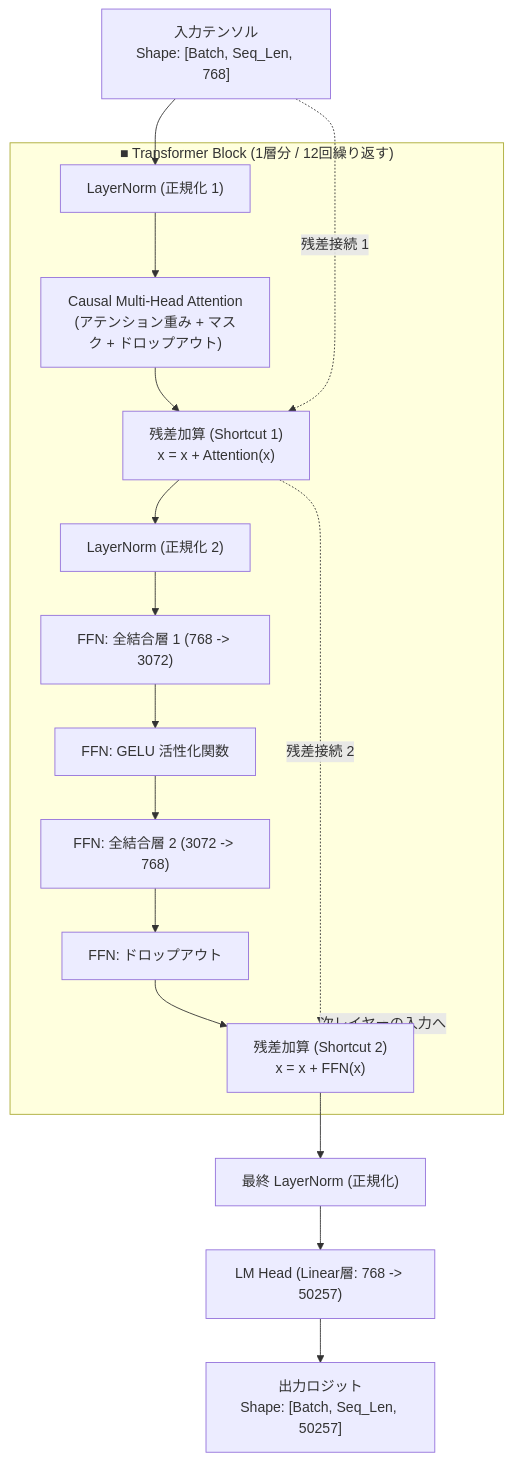
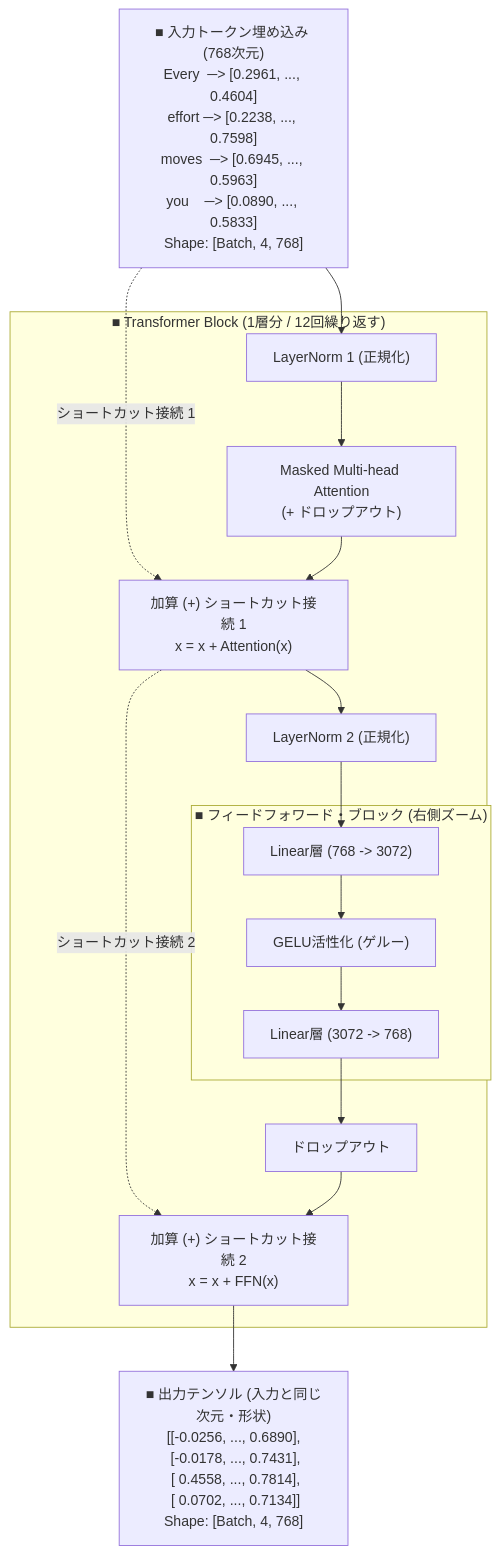
The third of 3 diagrams in pytorch-llm/docs/gpt_architecture.md (ohban730/python-learn), drawn with Mermaid before and after one commit. The commit also changed other lines of this file and 20 other files, not shown here.

Commit message:
Expansion of the detailed explanation of the GPT architecture and addition of demo code and Python foundational assets.

````diff
--- a/pytorch-llm/docs/gpt_architecture.md
+++ b/pytorch-llm/docs/gpt_architecture.md
@@ -149,39 +149,38 @@
 ```mermaid
 graph TD
-    InputTensor["入力テンソル<br>Shape: [Batch, Seq_Len, 768]"]
+    InputTokens["■ 入力トークン埋め込み (768次元)<br>Every  ─> [0.2961, ..., 0.4604]<br>effort ─> [0.2238, ..., 0.7598]<br>moves  ─> [0.6945, ..., 0.5963]<br>you    ─> [0.0890, ..., 0.5833]<br>Shape: [Batch, 4, 768]"]
     
     subgraph Block["■ Transformer Block (1層分 / 12回繰り返す)"]
-        LN1["LayerNorm (正規化 1)"]
-        MHA["Causal Multi-Head Attention<br>(アテンション重み + マスク + ドロップアウト)"]
-        Add1["残差加算 (Shortcut 1)<br>x = x + Attention(x)"]
+        LN1["LayerNorm 1 (正規化)"]
+        MHA["Masked Multi-head Attention<br>(+ ドロップアウト)"]
+        Add1["加算 (+) ショートカット接続 1<br>x = x + Attention(x)"]
         
-        LN2["LayerNorm (正規化 2)"]
-        FFN_Lin1["FFN: 全結合層 1 (768 -> 3072)"]
-        FFN_GELU["FFN: GELU 活性化関数"]
-        FFN_Lin2["FFN: 全結合層 2 (3072 -> 768)"]
-        FFN_Drop["FFN: ドロップアウト"]
-        Add2["残差加算 (Shortcut 2)<br>x = x + FFN(x)"]
+        LN2["LayerNorm 2 (正規化)"]
+        
+        subgraph FFN["■ フィードフォワード・ブロック (右側ズーム)"]
+            Linear1["Linear層 (768 -> 3072)"]
+            GELU["GELU活性化 (ゲルー)"]
+            Linear2["Linear層 (3072 -> 768)"]
+        end
+        
+        FFN_Drop["ドロップアウト"]
+        Add2["加算 (+) ショートカット接続 2<br>x = x + FFN(x)"]
     end
+    
+    OutputTensor["■ 出力テンソル (入力と同じ次元・形状)<br>[[-0.0256, ..., 0.6890],<br> [-0.0178, ..., 0.7431],<br> [ 0.4558, ..., 0.7814],<br> [ 0.0702, ..., 0.7134]]<br>Shape: [Batch, 4, 768]"]
 
-    FinalLN["最終 LayerNorm (正規化)"]
-    LMHead["LM Head (Linear層: 768 -> 50257)"]
-    OutLogits["出力ロジット<br>Shape: [Batch, Seq_Len, 50257]"]
-
-    InputTensor --> LN1
+    InputTokens --> LN1
+    InputTokens -.-> |ショートカット接続 1| Add1
     LN1 --> MHA
     MHA --> Add1
-    InputTensor -.-> |残差接続 1| Add1
     
     Add1 --> LN2
-    LN2 --> FFN_Lin1
-    FFN_Lin1 --> FFN_GELU
-    FFN_GELU --> FFN_Lin2
-    FFN_Lin2 --> FFN_Drop
+    Add1 -.-> |ショートカット接続 2| Add2
+    LN2 --> Linear1
+    Linear1 --> GELU
+    GELU --> Linear2
+    Linear2 --> FFN_Drop
     FFN_Drop --> Add2
-    Add1 -.-> |残差接続 2| Add2
     
-    Add2 --> |次レイヤーの入力へ| Block
-    Add2 --> FinalLN
-    FinalLN --> LMHead
-    LMHead --> OutLogits
+    Add2 --> OutputTensor
 ```
````
